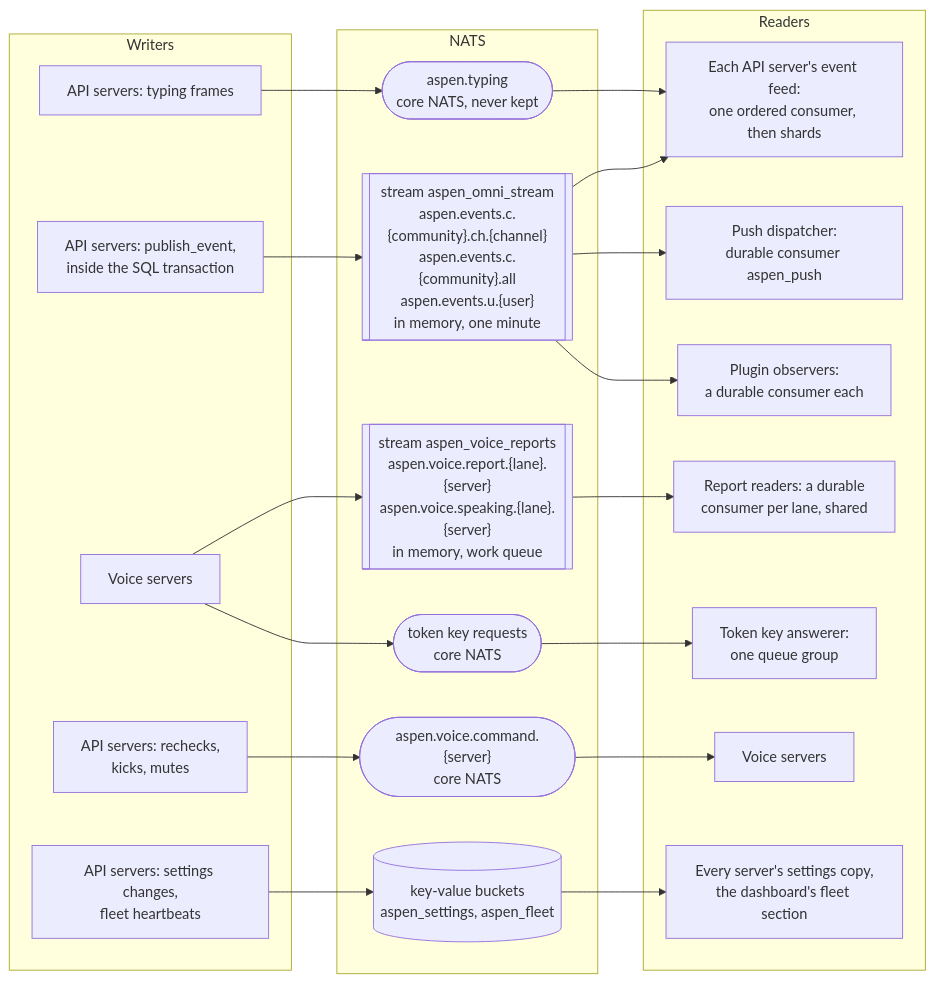
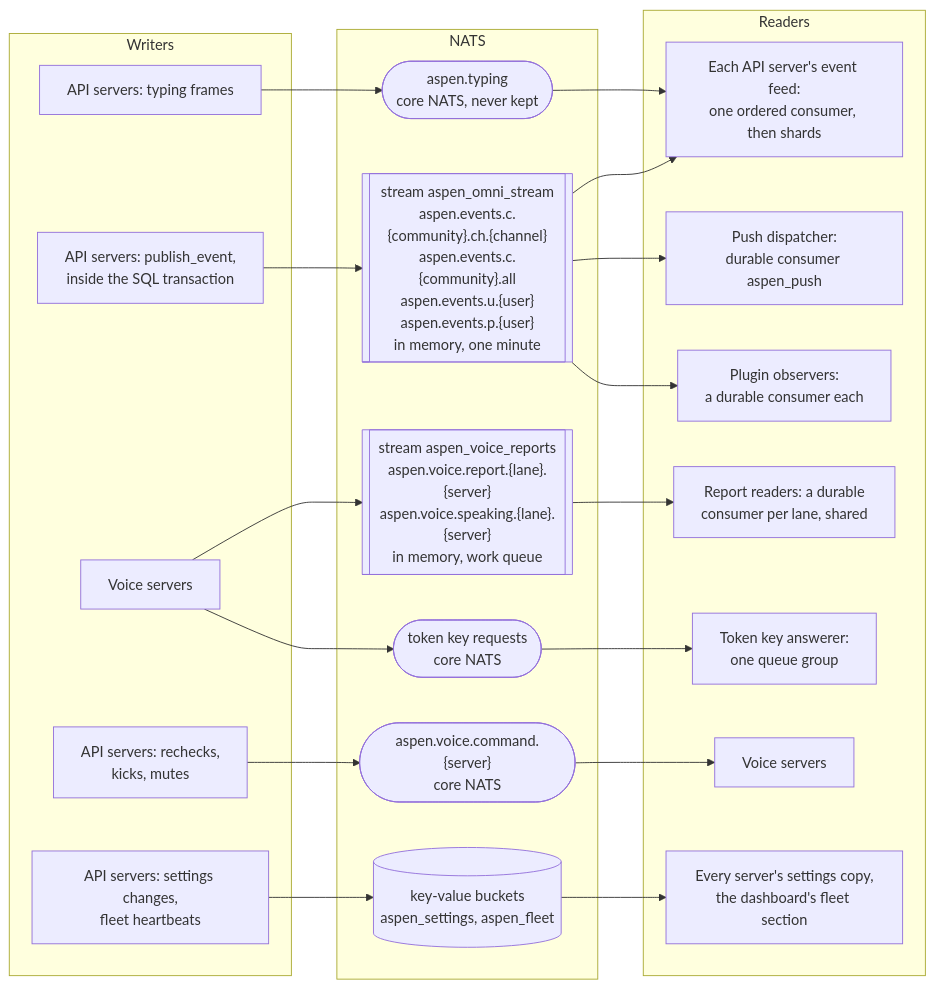
One commit to aspen-chat/aspen-chat-server changed the second of 3 diagrams in docs/diagrams/deployment.md. Above: the diagram before and after it, drawn with Mermaid. The commit also changed 19 other files, not shown here.

````diff
--- a/docs/diagrams/deployment.md
+++ b/docs/diagrams/deployment.md
@@ -78,42 +78,42 @@
 ```mermaid
 flowchart LR
     subgraph writers["Writers"]
         pub["API servers: publish_event,<br/>inside the SQL transaction"]
         typer["API servers: typing frames"]
         v_out["Voice servers"]
         cmd_out["API servers: rechecks,<br/>kicks, mutes"]
         settings_out["API servers: settings changes,<br/>fleet heartbeats"]
     end
 
     subgraph js["NATS"]
-        omni[["stream aspen_omni_stream<br/>aspen.events.c.{community}.ch.{channel}<br/>aspen.events.c.{community}.all<br/>aspen.events.u.{user}<br/>in memory, one minute"]]
+        omni[["stream aspen_omni_stream<br/>aspen.events.c.{community}.ch.{channel}<br/>aspen.events.c.{community}.all<br/>aspen.events.u.{user}<br/>aspen.events.p.{user}<br/>in memory, one minute"]]
         typing(["aspen.typing<br/>core NATS, never kept"])
         vrep[["stream aspen_voice_reports<br/>aspen.voice.report.{lane}.{server}<br/>aspen.voice.speaking.{lane}.{server}<br/>in memory, work queue"]]
         tok(["token key requests<br/>core NATS"])
         cmd(["aspen.voice.command.{server}<br/>core NATS"])
         kv[("key-value buckets<br/>aspen_settings, aspen_fleet")]
     end
 
     subgraph readers["Readers"]
         feed["Each API server's event feed:<br/>one ordered consumer, then shards"]
         pushd["Push dispatcher:<br/>durable consumer aspen_push"]
         obs["Plugin observers:<br/>a durable consumer each"]
         rep["Report readers: a durable<br/>consumer per lane, shared"]
         ans["Token key answerer:<br/>one queue group"]
         v_in["Voice servers"]
         copies["Every server's settings copy,<br/>the dashboard's fleet section"]
     end
 
     pub --> omni
     typer --> typing
     v_out --> vrep & tok
     cmd_out --> cmd
     settings_out --> kv
 
     omni --> feed & pushd & obs
     typing --> feed
     vrep --> rep
     tok --> ans
     cmd --> v_in
     kv --> copies
 ```
````
